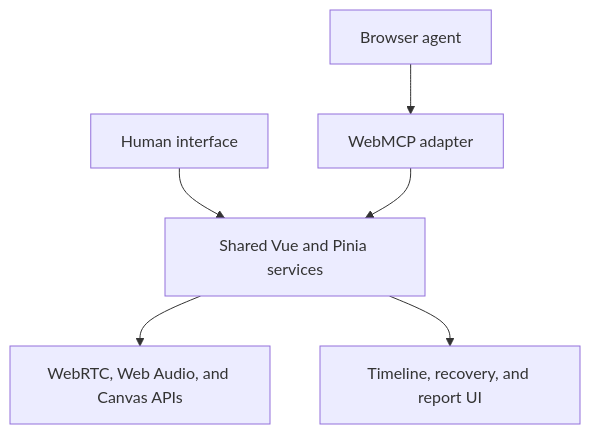
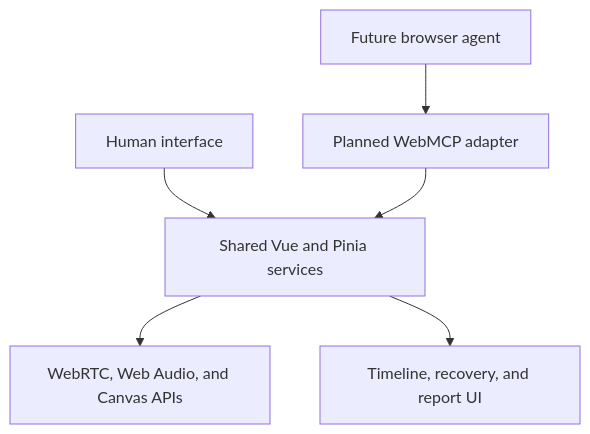
Before and after one commit to haitham113/callscope: the second of 2 diagrams in README.md, drawn with Mermaid. The commit also changed other lines of this file and 23 other files, not shown here.

````diff
--- a/README.md
+++ b/README.md
@@ -172,8 +174,8 @@
 ```mermaid
 flowchart TD
     H["Human interface"] --> S["Shared Vue and Pinia services"]
-    A["Browser agent"] --> M["WebMCP adapter"]
+    A["Future browser agent"] --> M["Planned WebMCP adapter"]
     M --> S
     S --> B["WebRTC, Web Audio, and Canvas APIs"]
     S --> U["Timeline, recovery, and report UI"]
 ```
````
